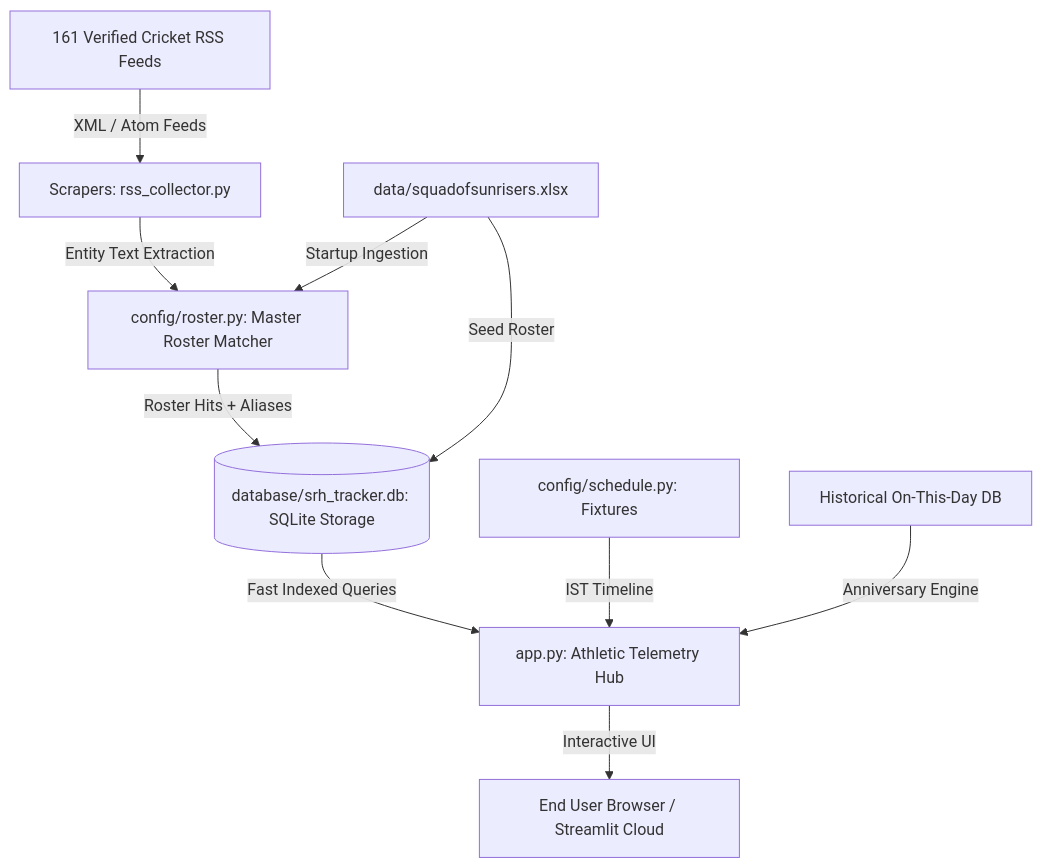
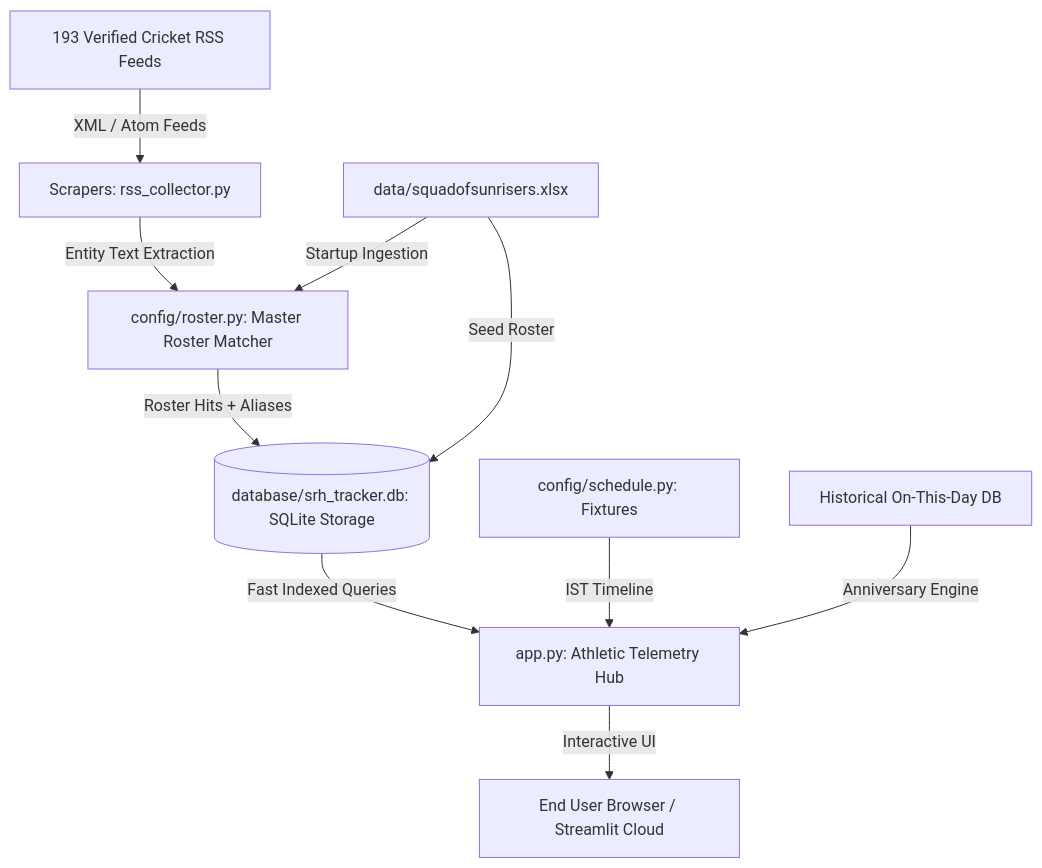
One commit to Snohith/srhtrack changed the diagram in docs/ARCHITECTURE.md. Above: the diagram before and after it, drawn with Mermaid. The commit also changed 6 other files, not shown here.

````diff
--- a/docs/ARCHITECTURE.md
+++ b/docs/ARCHITECTURE.md
@@ -9,15 +9,15 @@
 ```mermaid
 graph TD
-    A[161 Verified Cricket RSS Feeds] -->|XML / Atom Feeds| B[Scrapers: rss_collector.py]
+    A[193 Verified Cricket RSS Feeds] -->|XML / Atom Feeds| B[Scrapers: rss_collector.py]
     B -->|Entity Text Extraction| C[config/roster.py: Master Roster Matcher]
     C -->|Roster Hits + Aliases| E[(database/srh_tracker.db: SQLite Storage)]
     
     F[data/squadofsunrisers.xlsx] -->|Startup Ingestion| C
     F -->|Seed Roster| E
     
     E -->|Fast Indexed Queries| G[app.py: Athletic Telemetry Hub]
     H[config/schedule.py: Fixtures] -->|IST Timeline| G
     I[Historical On-This-Day DB] -->|Anniversary Engine| G
     
     G -->|Interactive UI| J[End User Browser / Streamlit Cloud]
 ```
````
